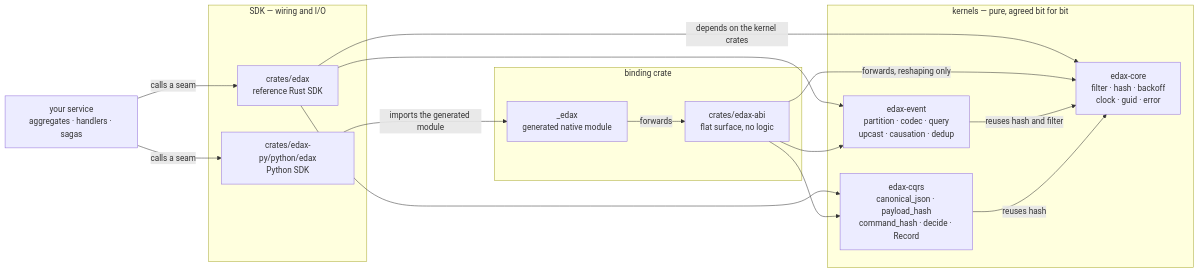
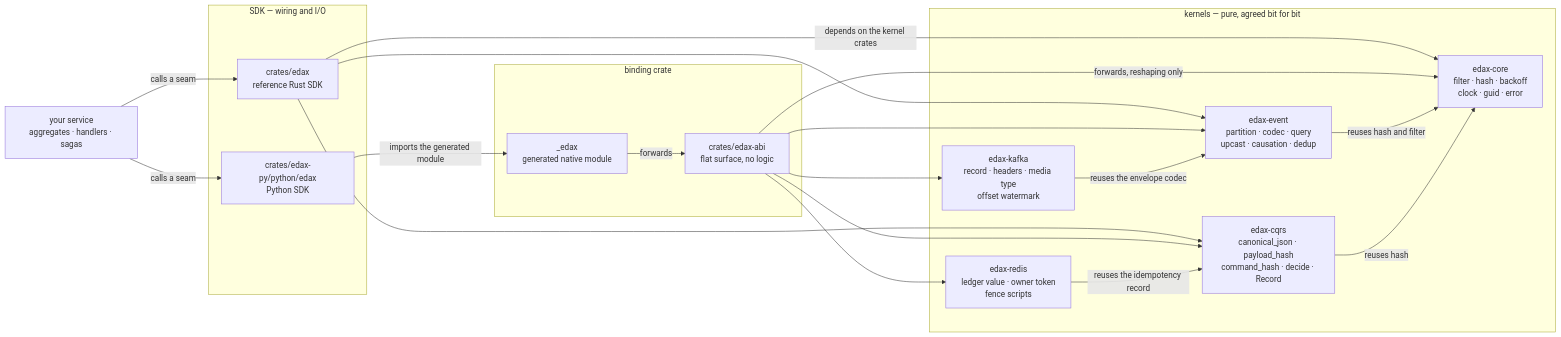
Before and after one commit to haskian/edax: the first of 2 diagrams in docs/kernels/README.md, drawn with Mermaid. The commit also changed other lines of this file and 15 other files, not shown here.

First line of the commit message:
docs: per-tech kernel crates, Kafka headers, serializer registry, record middleware

````diff
--- a/docs/kernels/README.md
+++ b/docs/kernels/README.md
@@ -10,33 +10,39 @@
 ```mermaid
 flowchart LR
     APP["your service<br/>aggregates · handlers · sagas"]
 
     subgraph sdks["SDK — wiring and I/O"]
         RS["crates/edax<br/>reference Rust SDK"]
         PY["crates/edax-py/python/edax<br/>Python SDK"]
     end
 
     subgraph binding["binding crate"]
         ABI["crates/edax-abi<br/>flat surface, no logic"]
         NAT["_edax<br/>generated native module"]
     end
 
     subgraph kernels["kernels — pure, agreed bit for bit"]
         CORE["edax-core<br/>filter · hash · backoff<br/>clock · guid · error"]
         EV["edax-event<br/>partition · codec · query<br/>upcast · causation · dedup"]
         CQ["edax-cqrs<br/>canonical_json · payload_hash<br/>command_hash · decide · Record"]
+        KAF["edax-kafka<br/>record · headers · media type<br/>offset watermark"]
+        RED["edax-redis<br/>ledger value · owner token<br/>fence scripts"]
     end
 
     APP -->|"calls a seam"| RS
     APP -->|"calls a seam"| PY
     RS -->|"depends on the kernel crates"| CORE
     RS --> EV
     RS --> CQ
     PY -->|"imports the generated module"| NAT
     NAT -->|"forwards"| ABI
     ABI -->|"forwards, reshaping only"| CORE
     ABI --> EV
     ABI --> CQ
+    ABI --> KAF
+    ABI --> RED
     EV -->|"reuses hash and filter"| CORE
     CQ -->|"reuses hash"| CORE
+    KAF -->|"reuses the envelope codec"| EV
+    RED -->|"reuses the idempotency record"| CQ
 ```
````
